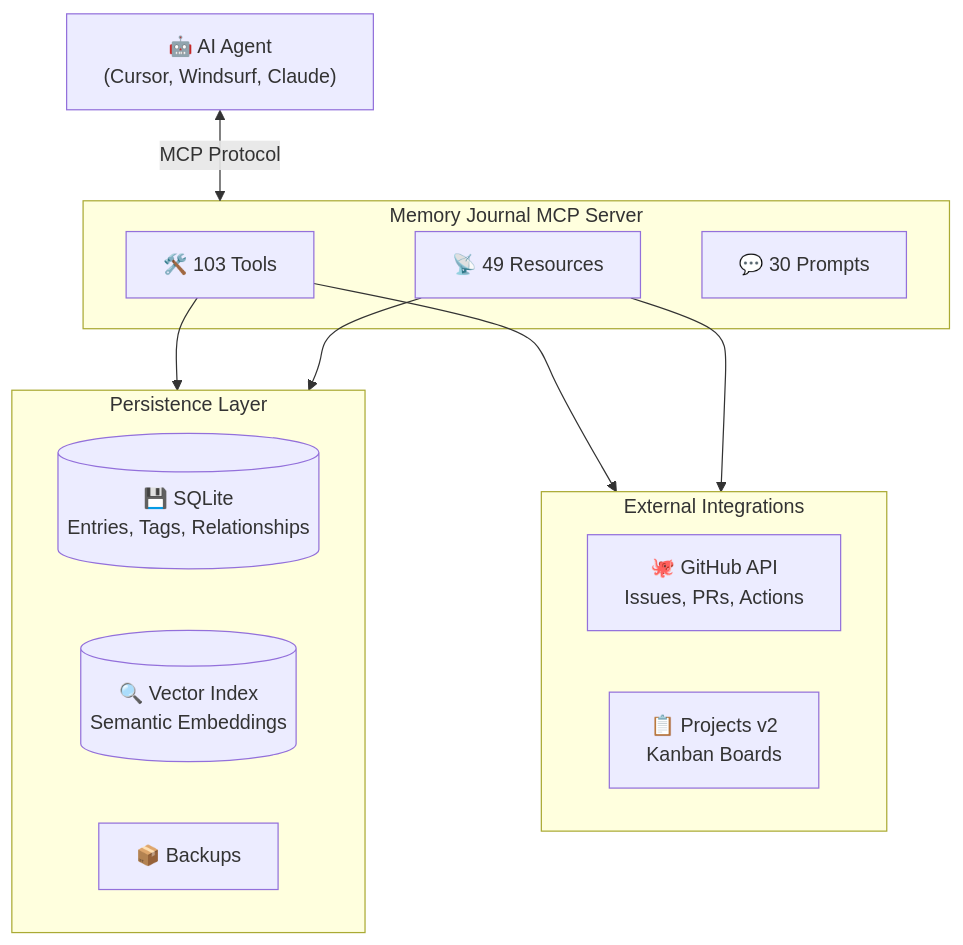
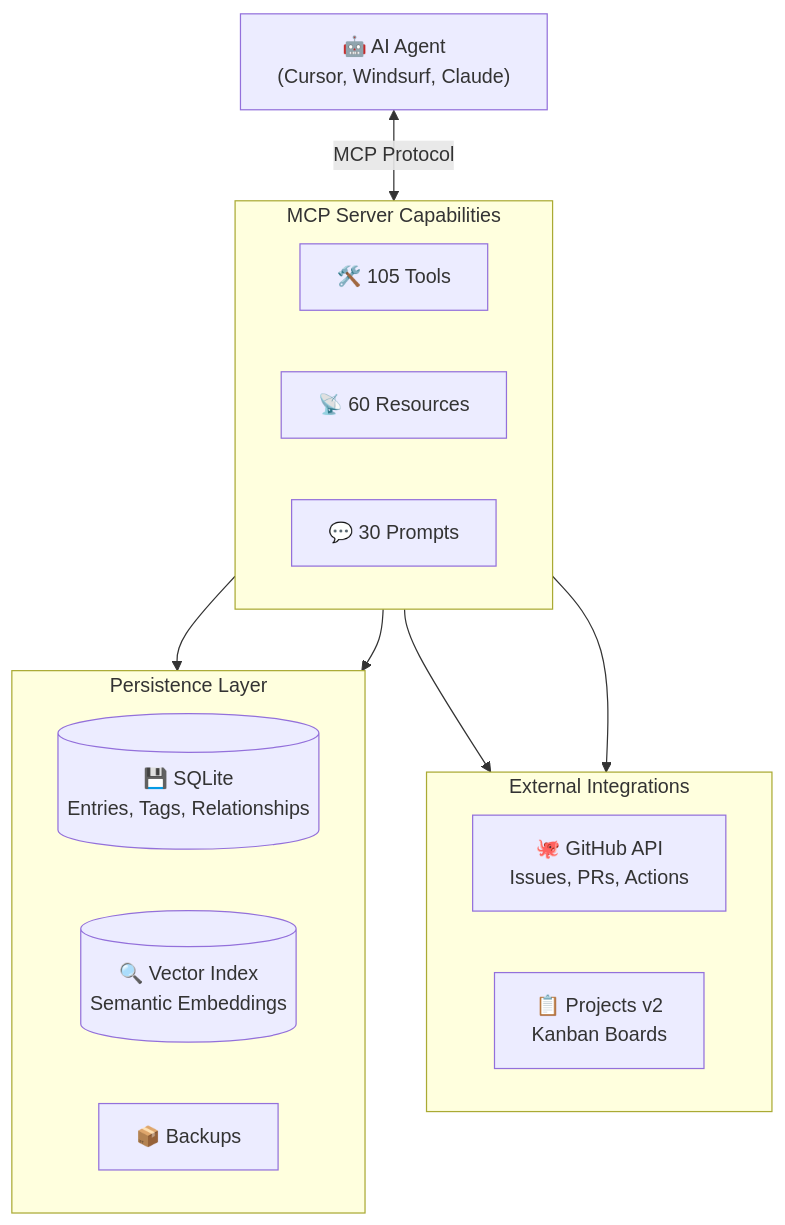
The second of 2 diagrams in README.md (neverinfamous/memory-journal-mcp), drawn with Mermaid before and after one commit. The commit also changed other lines of this file and 24 other files, not shown here.

````diff
--- a/README.md
+++ b/README.md
@@ -747,27 +747,28 @@
 ```mermaid
 flowchart TB
     AI["🤖 AI Agent<br/>(Cursor, Windsurf, Claude)"]
 
-    subgraph MCP["Memory Journal MCP Server"]
-        Tools["🛠️ 103 Tools"]
-        Resources["📡 49 Resources"]
+    subgraph MCP["MCP Server Capabilities"]
+        direction LR
+        Tools["🛠️ 105 Tools"]
+        Resources["📡 60 Resources"]
         Prompts["💬 30 Prompts"]
     end
 
     subgraph Storage["Persistence Layer"]
         SQLite[("💾 SQLite<br/>Entries, Tags, Relationships")]
         Vector[("🔍 Vector Index<br/>Semantic Embeddings")]
         Backups["📦 Backups"]
     end
 
     subgraph External["External Integrations"]
         GitHub["🐙 GitHub API<br/>Issues, PRs, Actions"]
         Kanban["📋 Projects v2<br/>Kanban Boards"]
     end
 
     AI <-->|"MCP Protocol"| MCP
     Tools --> Storage
     Tools --> External
     Resources --> Storage
     Resources --> External
 ```
````
